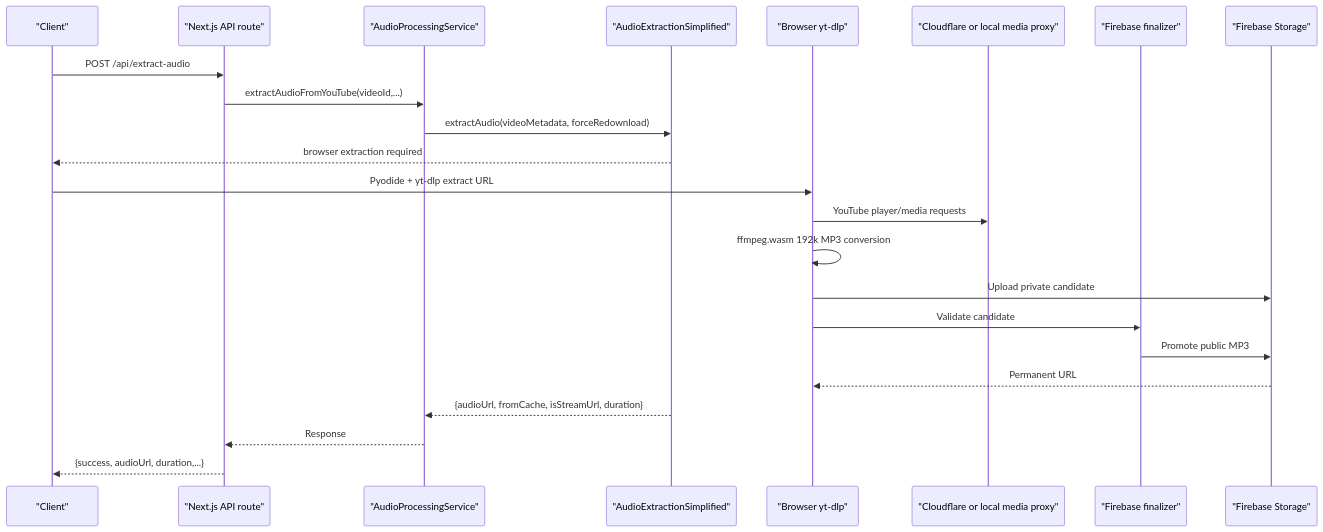
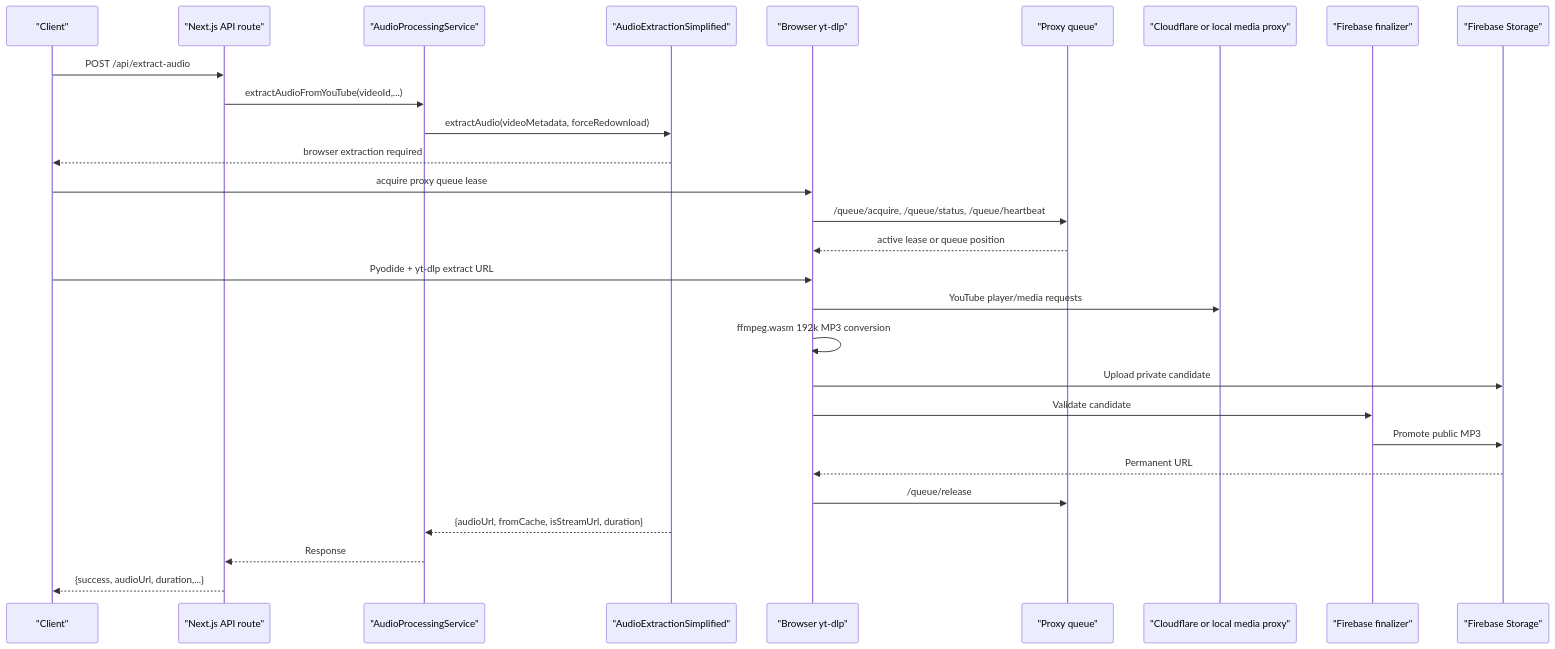
One commit to ptnghia-j/ChordMiniApp changed the second of 7 diagrams in .qoder/repowiki/en/content/Audio Processing and Analysis/Audio Pipeline.md. Above: the diagram before and after it, drawn with Mermaid. The commit also changed other lines of this file and 32 other files, not shown here.

````diff
--- a/.qoder/repowiki/en/content/Audio Processing and Analysis/Audio Pipeline.md
+++ b/.qoder/repowiki/en/content/Audio Processing and Analysis/Audio Pipeline.md
@@ -121,25 +127,30 @@
 ```mermaid
 sequenceDiagram
 participant Client as "Client"
 participant API as "Next.js API route"
 participant Service as "AudioProcessingService"
 participant Extractor as "AudioExtractionSimplified"
 participant Browser as "Browser yt-dlp"
+participant Queue as "Proxy queue"
 participant Proxy as "Cloudflare or local media proxy"
 participant Finalizer as "Firebase finalizer"
 participant Store as "Firebase Storage"
 Client->>API : POST /api/extract-audio
 API->>Service : extractAudioFromYouTube(videoId,...)
 Service->>Extractor : extractAudio(videoMetadata, forceRedownload)
 Extractor-->>Client : browser extraction required
+Client->>Browser : acquire proxy queue lease
+Browser->>Queue : /queue/acquire, /queue/status, /queue/heartbeat
+Queue-->>Browser : active lease or queue position
 Client->>Browser : Pyodide + yt-dlp extract URL
 Browser->>Proxy : YouTube player/media requests
 Browser->>Browser : ffmpeg.wasm 192k MP3 conversion
 Browser->>Store : Upload private candidate
 Browser->>Finalizer : Validate candidate
 Finalizer->>Store : Promote public MP3
 Store-->>Browser : Permanent URL
+Browser->>Queue : /queue/release
 Extractor-->>Service : {audioUrl, fromCache, isStreamUrl, duration}
 Service-->>API : Response
 API-->>Client : {success, audioUrl, duration,...}
 ```
````
